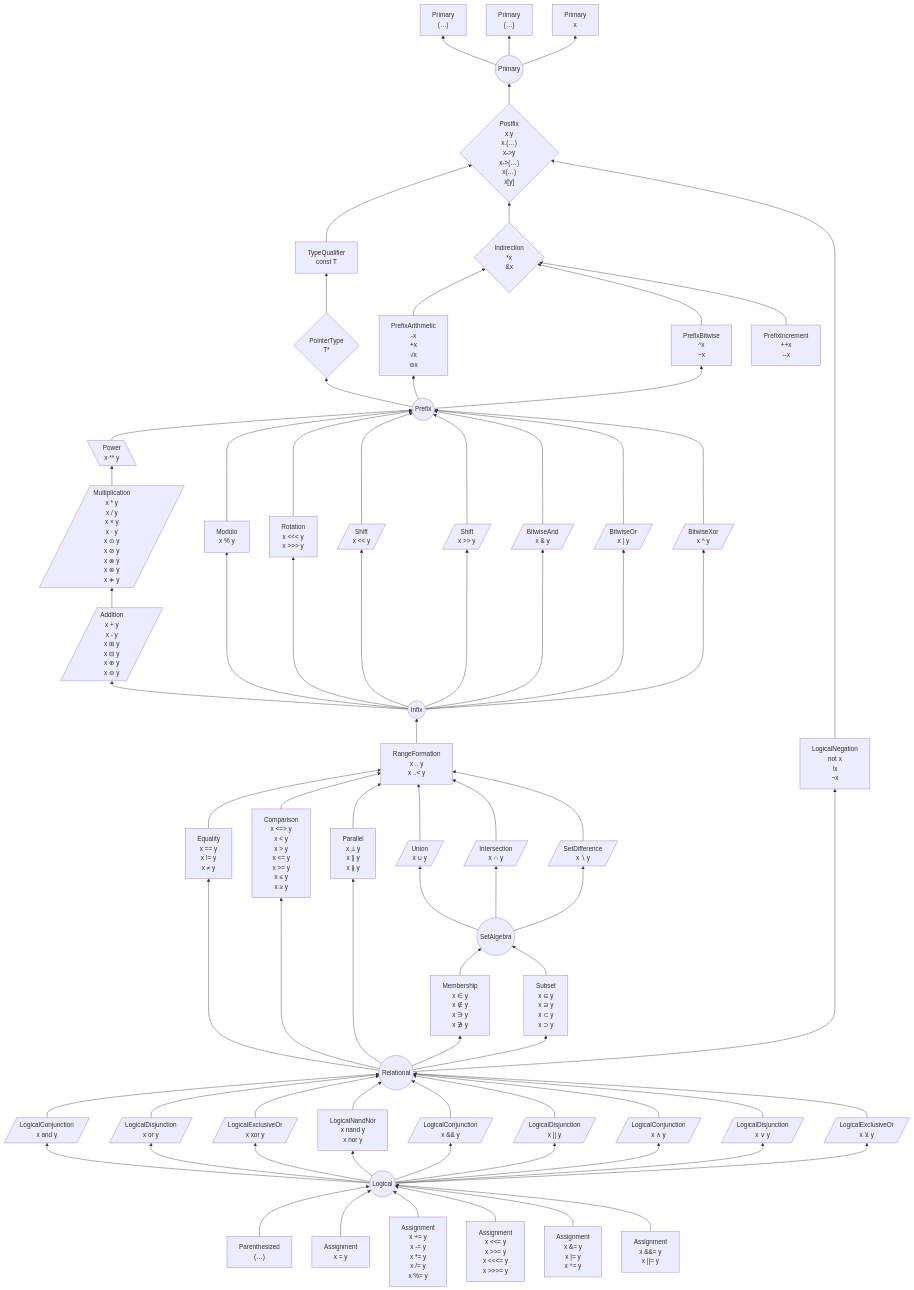
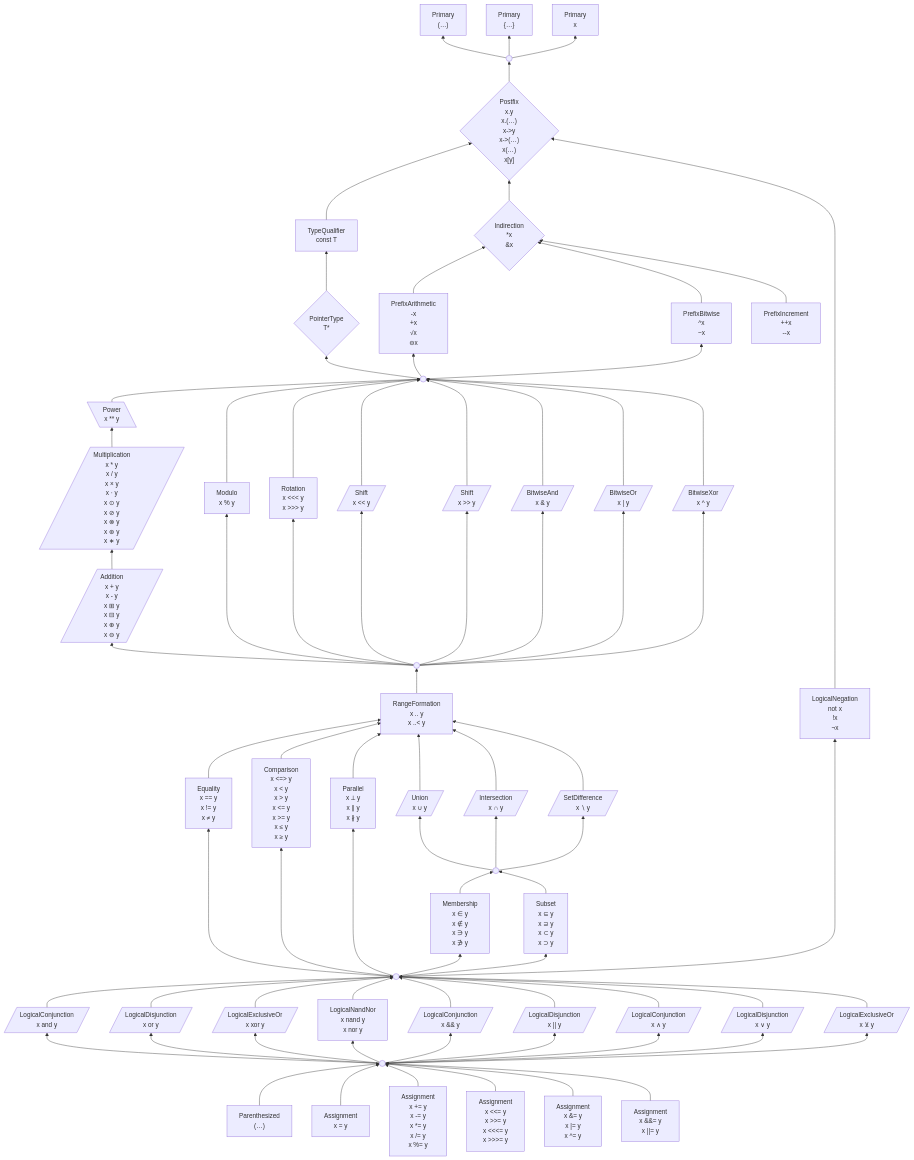
Before and after one commit to laro/Cilia: the first of 2 diagrams in 6 .../2 Unfinished Ideas.md, drawn with Mermaid.

Commit message:
Update 2 Unfinished Ideas.md

```diff
--- a/6 .../2 Unfinished Ideas.md
+++ b/6 .../2 Unfinished Ideas.md
@@ -201,7 +201,7 @@
 x"]
 
     top --> parens & braces & unqualifiedName
-    top(("Primary"))
+    top((" "))
 
     suffixOps --> top
     suffixOps{"Postfix
@@ -239,7 +239,7 @@
 --x"]
 
     unary --> pointerType & prefixMath & complement
-    unary(("Prefix"))
+    unary((" "))
 
 
     power --> unary
@@ -284,7 +284,7 @@
 x ^ y"/]
 
     binaryOps --> addition & modulo & rotate & shiftLeft & shiftRight & bitwiseAnd & bitwiseOr & bitwiseXor
-    binaryOps(("Infix"))
+    binaryOps((" "))
 
     %% Ranges bind looser than arithmetic/bitwise, tighter than the relational operators
     range --> binaryOps
@@ -319,7 +319,7 @@
 x ∖ y"/]
 
     setOps --> setUnion & setIntersection & setDifference
-    setOps(("SetAlgebra"))
+    setOps((" "))
     membership & subset --> setOps
 
     membership["Membership
@@ -342,7 +342,7 @@
 
 
     logicalOperand --> equality & comparison & membership & subset & parallel & not
-    logicalOperand(("Relational"))
+    logicalOperand((" "))
 
 
     %% Currently "as" is not yet fully defined, and it obscures the graph layout somehow...
@@ -373,7 +373,7 @@
 
     %% logicalExpression ---> as
     logicalExpression --> and & or & xor & nandNor & andAmp & orAmp & andSym & orSym & xorSym
-    logicalExpression(("Logical"))
+    logicalExpression((" "))
 
 
     insideParens & assignPlain & assignArithmetic & assignShift & assignBitwise & assignLogical --> logicalExpression
```
